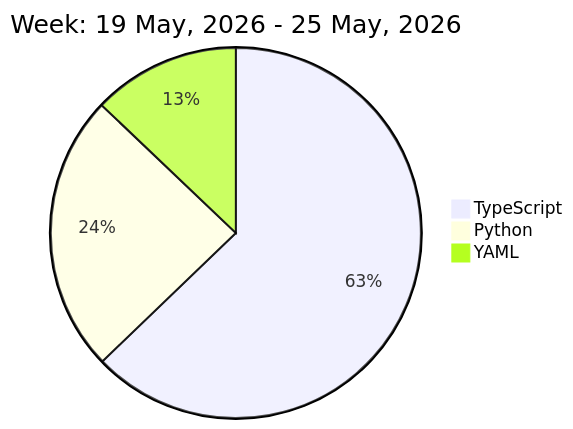
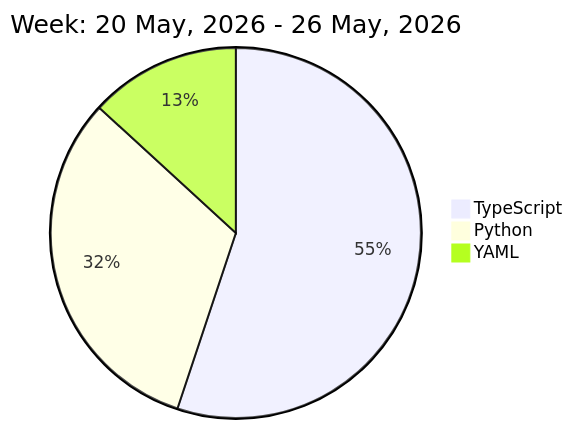
The diagram in README.md (liubin95/liubin95), drawn with Mermaid before and after one commit.

Commit message:
Updated the Graph with new Metrics

````diff
--- a/README.md
+++ b/README.md
@@ -32,7 +32,7 @@
 ```mermaid
  pie
-title Week: 19 May, 2026 - 25 May, 2026
- "TypeScript" : 11.55
- "Python" : 4.47
- "YAML" : 2.37
+title Week: 20 May, 2026 - 26 May, 2026
+ "TypeScript" : 10.57
+ "Python" : 6.08
+ "YAML" : 2.53
 ```
````
